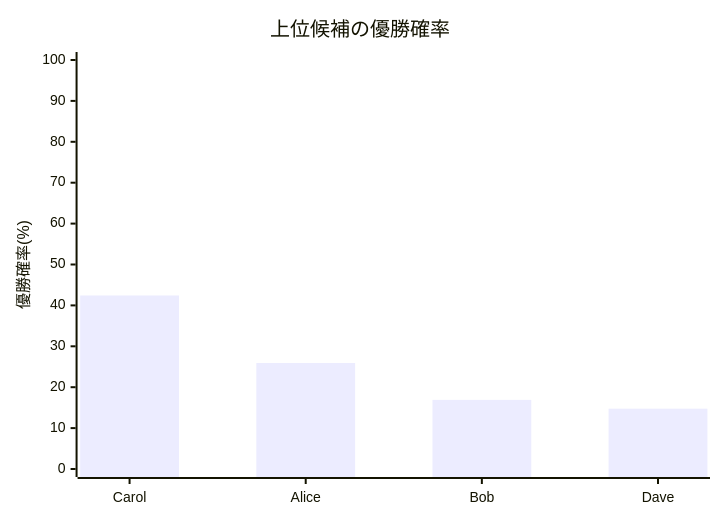
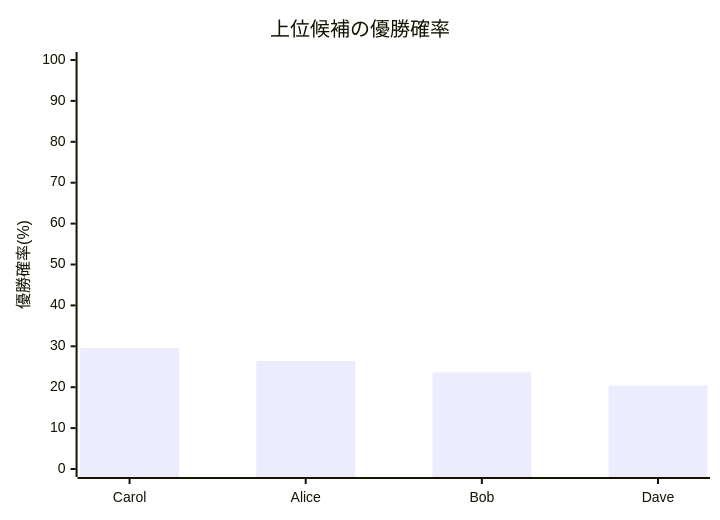
Before and after one commit to muzudho/ShogiTournamentSystemAnalyzer: the first of 2 diagrams in ShogiTournamentSystemAnalyzer/Output/tournament_framework_result_[大会進行フレームワーク_最小].md, drawn with Mermaid. The commit also changed other lines of this file and 5 other files, not shown here.

````diff
--- a/ShogiTournamentSystemAnalyzer/Output/tournament_framework_result_[大会進行フレームワーク_最小].md
+++ b/ShogiTournamentSystemAnalyzer/Output/tournament_framework_result_[大会進行フレームワーク_最小].md
@@ -29,7 +29,7 @@
 ```mermaid
 xychart-beta
     title "上位候補の優勝確率"
     x-axis ["Carol", "Alice", "Bob", "Dave"]
     y-axis "優勝確率(%)" 0 --> 100
-    bar [42.43, 25.92, 16.90, 14.75]
+    bar [29.57, 26.41, 23.61, 20.40]
 ```
````
